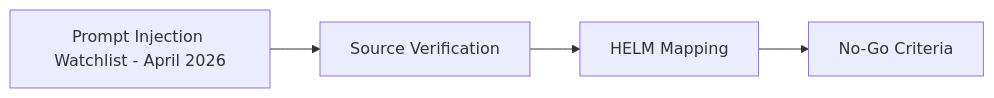
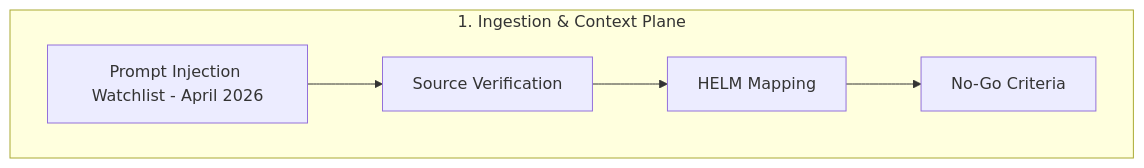
The diagram in docs/security/prompt-injection-watchlist-2026-04.md (Mindburn-Labs/helm-ai-kernel), drawn with Mermaid before and after one commit. The commit also changed other lines of this file and 330 other files, not shown here.

````diff
--- a/docs/security/prompt-injection-watchlist-2026-04.md
+++ b/docs/security/prompt-injection-watchlist-2026-04.md
@@ -37,10 +37,16 @@
 ```mermaid
-flowchart LR
-  Page["Prompt Injection Watchlist - April 2026"]
-  A["Source Verification"]
-  B["HELM Mapping"]
-  C["No-Go Criteria"]
-  Page --> A
-  A --> B
-  B --> C
+flowchart TD
+    subgraph Ingestion["1. Ingestion & Context Plane"]
+        Page["Prompt Injection Watchlist - April 2026"]
+        A["Source Verification"]
+        B["HELM Mapping"]
+        C["No-Go Criteria"]
+    end
+
+    %% Operational Flow Edges
+    Page --> A
+    A --> B
+    B --> C
+
+    %% Premium Styling Rules
 ```
````
